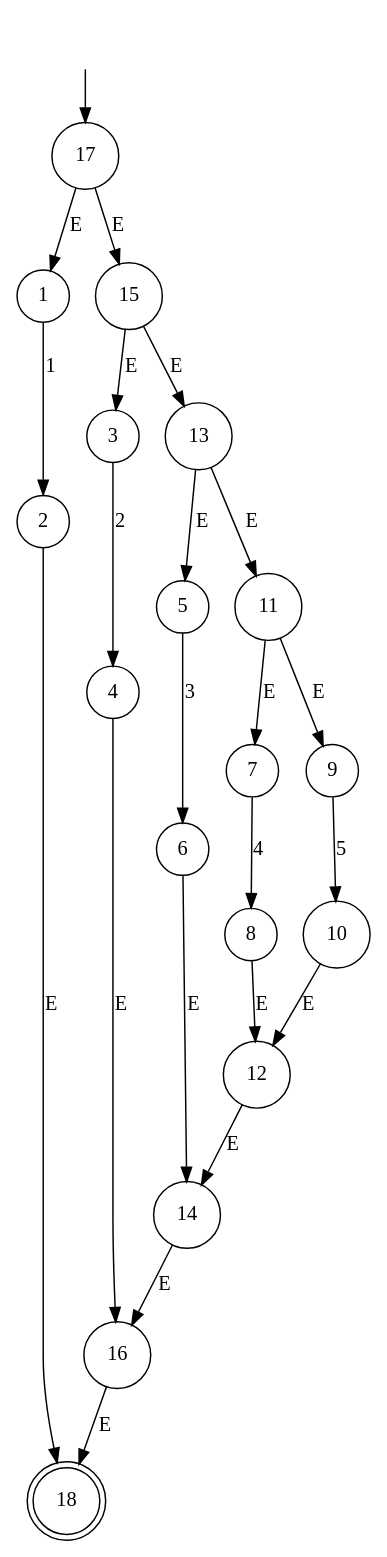
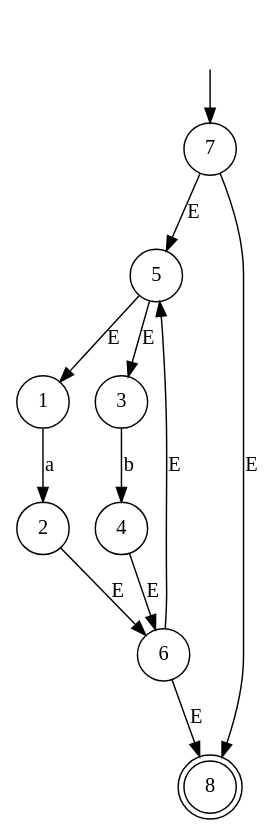
The diagram in dots/nfa.dot (ihewro/qt-lexical-analyzer), drawn with Graphviz before and after one commit. The commit also changed 12 other files, not shown here.

```diff
--- a/dots/nfa.dot
+++ b/dots/nfa.dot
@@ -1,44 +1,23 @@
 digraph G{
     ""[shape=none]
     "1"[shape=circle]
     "2"[shape=circle]
     "3"[shape=circle]
     "4"[shape=circle]
     "5"[shape=circle]
     "6"[shape=circle]
     "7"[shape=circle]
-    "8"[shape=circle]
-    "9"[shape=circle]
-    "10"[shape=circle]
-    "11"[shape=circle]
-    "12"[shape=circle]
-    "13"[shape=circle]
-    "14"[shape=circle]
-    "15"[shape=circle]
-    "16"[shape=circle]
-    "17"[shape=circle]
-    "18"[shape=doublecircle]
+    "8"[shape=doublecircle]
 
-    ""->"17"
-    "1" -> 2[label="1"]
-    "2" -> 18[label="E"]
-    "3" -> 4[label="2"]
-    "4" -> 16[label="E"]
-    "5" -> 6[label="3"]
-    "6" -> 14[label="E"]
-    "7" -> 8[label="4"]
-    "8" -> 12[label="E"]
-    "9" -> 10[label="5"]
-    "10" -> 12[label="E"]
-    "11" -> 7[label="E"]
-    "11" -> 9[label="E"]
-    "12" -> 14[label="E"]
-    "13" -> 5[label="E"]
-    "13" -> 11[label="E"]
-    "14" -> 16[label="E"]
-    "15" -> 3[label="E"]
-    "15" -> 13[label="E"]
-    "16" -> 18[label="E"]
-    "17" -> 1[label="E"]
-    "17" -> 15[label="E"]
+    ""->"7"
+    "1" -> 2[label="a"]
+    "2" -> 6[label="E"]
+    "3" -> 4[label="b"]
+    "4" -> 6[label="E"]
+    "5" -> 1[label="E"]
+    "5" -> 3[label="E"]
+    "6" -> 5[label="E"]
+    "6" -> 8[label="E"]
+    "7" -> 5[label="E"]
+    "7" -> 8[label="E"]
 }
```
